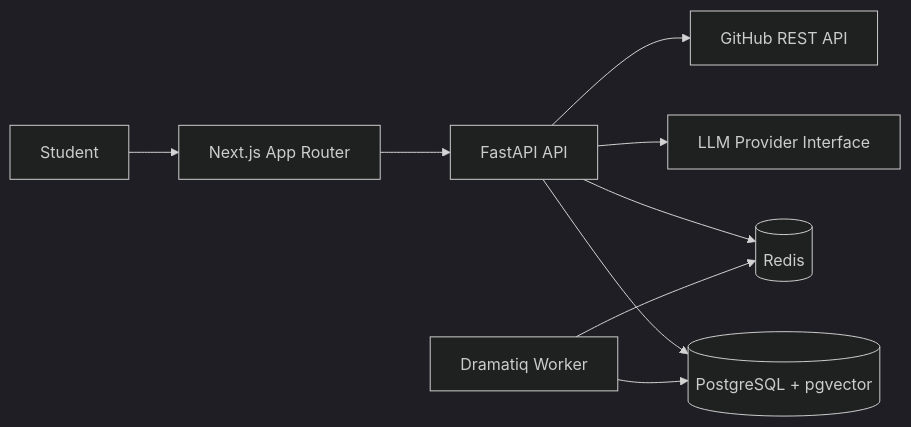
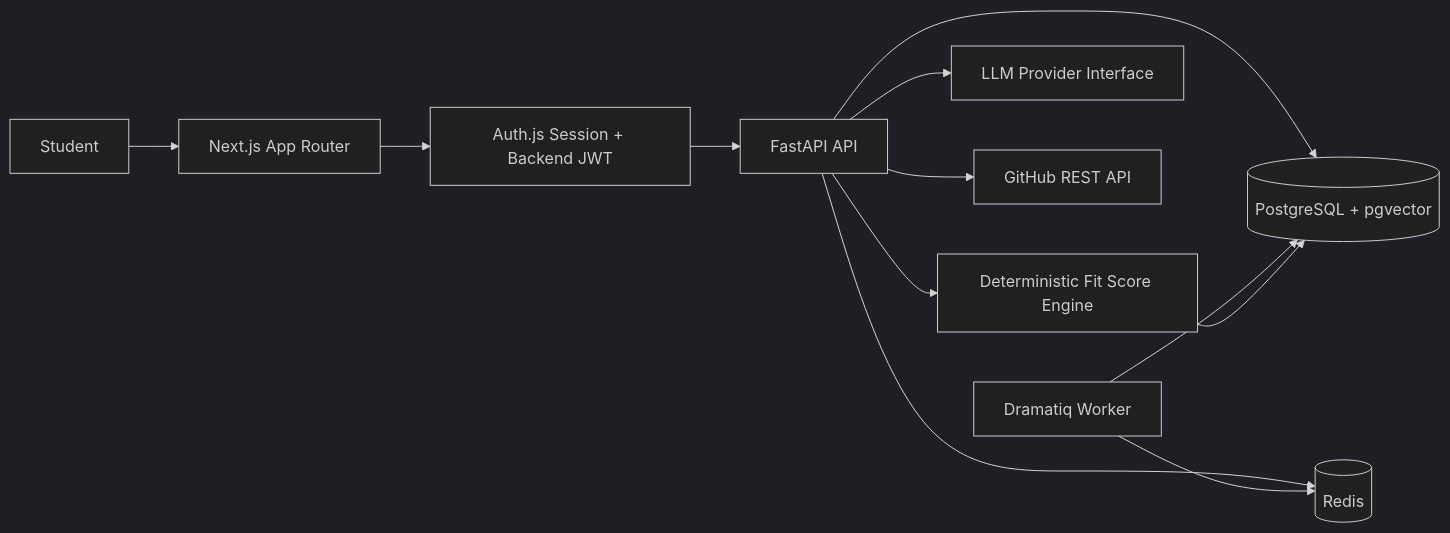
One commit to barisparlakk/ApplyWise changed the diagram in README.md. Above: the diagram before and after it, drawn with Mermaid (dark theme). The commit also changed other lines of this file and 10 other files, not shown here.

````diff
--- a/README.md
+++ b/README.md
@@ -9,11 +11,14 @@
 ```mermaid
 flowchart LR
-    User[Student] --> Web[Next.js App Router]
-    Web --> API[FastAPI API]
-    API --> Postgres[(PostgreSQL + pgvector)]
-    API --> Redis[(Redis)]
-    Worker[Dramatiq Worker] --> Redis
+    User["Student"] --> Web["Next.js App Router"]
+    Web --> Auth["Auth.js Session + Backend JWT"]
+    Auth --> API["FastAPI API"]
+    API --> Postgres[("PostgreSQL + pgvector")]
+    API --> Redis[("Redis")]
+    Worker["Dramatiq Worker"] --> Redis
     Worker --> Postgres
-    API --> AI[LLM Provider Interface]
-    API --> GitHub[GitHub REST API]
+    API --> AI["LLM Provider Interface"]
+    API --> GitHub["GitHub REST API"]
+    API --> Score["Deterministic Fit Score Engine"]
+    Score --> Postgres
 ```
````
